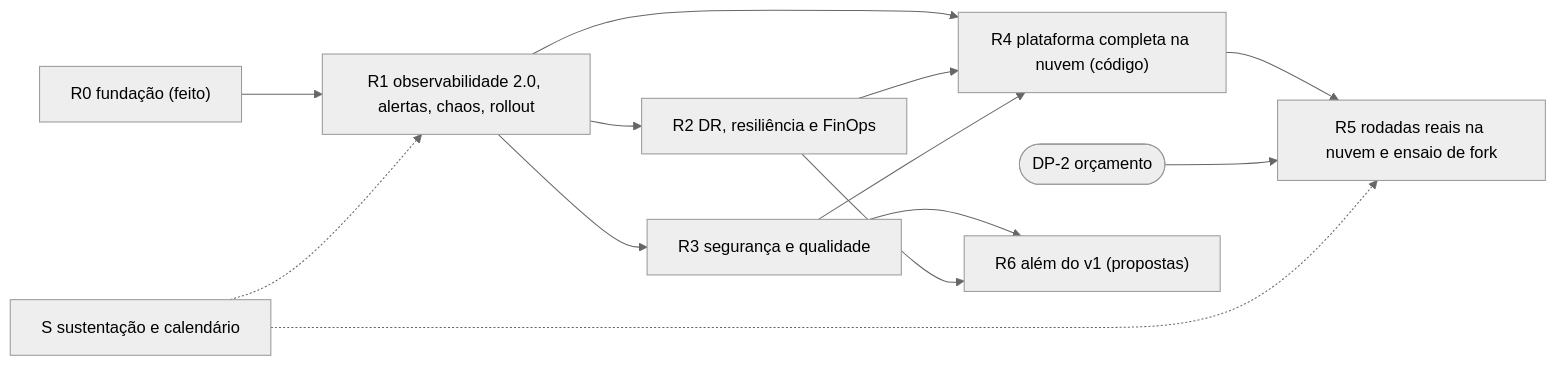
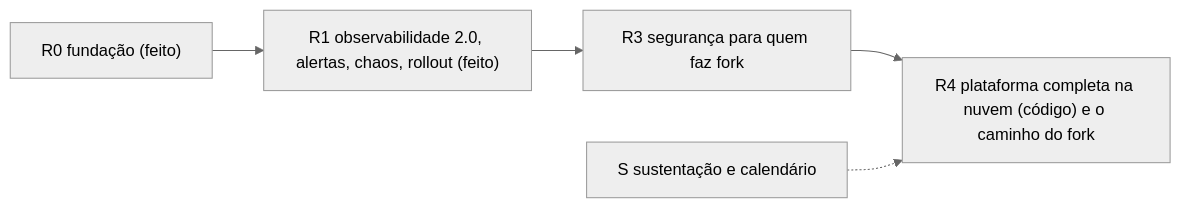
One commit to maringelix/tx00v2 changed the diagram in ROADMAP.md. Above: the diagram before and after it, drawn with Mermaid (neutral theme). The commit also changed other lines of this file and 5 other files, not shown here.

First line of the commit message:
docs: R1.8 and R1.9 done; the roadmap rewritten for a fork-ready lab (DEC-11) (#4)

````diff
--- a/ROADMAP.md
+++ b/ROADMAP.md
@@ -184,15 +168,7 @@
 ```mermaid
 flowchart LR
-  R0["R0 fundação (feito)"] --> R1["R1 observabilidade 2.0, alertas, chaos, rollout"]
-  R1 --> R2["R2 DR, resiliência e FinOps"]
-  R1 --> R3["R3 segurança e qualidade"]
-  R1 --> R4["R4 plataforma completa na nuvem (código)"]
-  R2 --> R4
-  R3 --> R4
-  R4 --> R5["R5 rodadas reais na nuvem e ensaio de fork"]
-  DP2(["DP-2 orçamento"]) --> R5
-  R3 --> R6["R6 além do v1 (propostas)"]
-  R2 --> R6
-  S["S sustentação e calendário"] -.-> R1
-  S -.-> R5
+  R0["R0 fundação (feito)"] --> R1["R1 observabilidade 2.0, alertas, chaos, rollout (feito)"]
+  R1 --> R3["R3 segurança para quem faz fork"]
+  R3 --> R4["R4 plataforma completa na nuvem (código) e o caminho do fork"]
+  S["S sustentação e calendário"] -.-> R4
 ```
````
